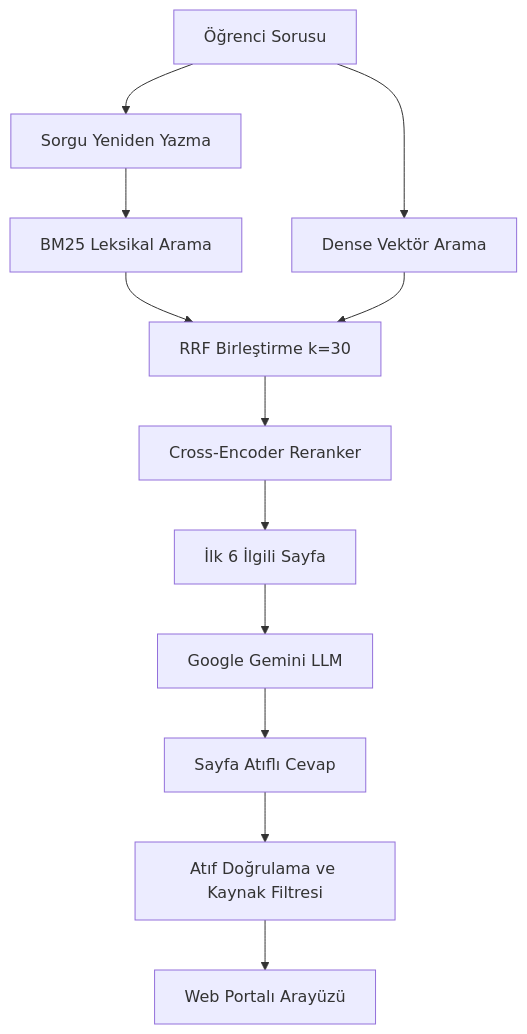
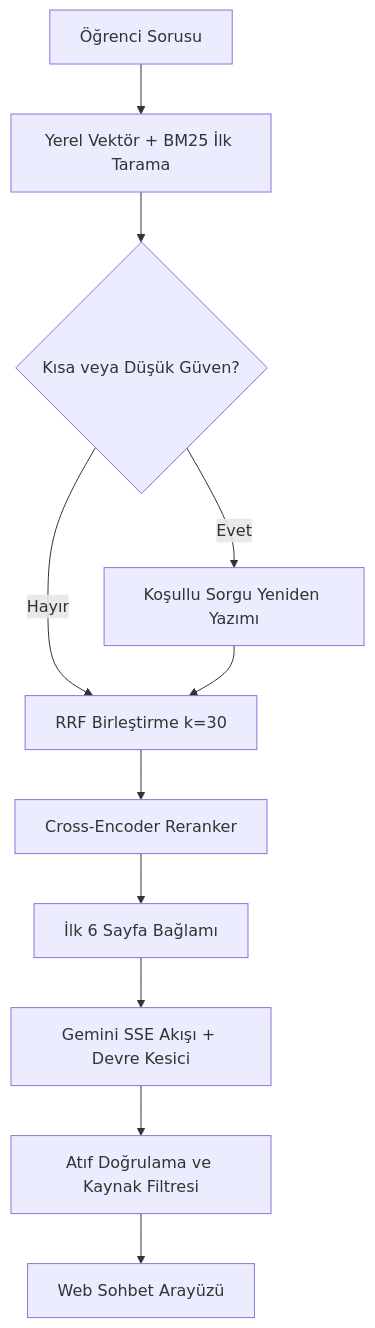
The diagram in README.md (erimlers/kayu-rag), drawn with Mermaid before and after one commit. The commit also changed other lines of this file and 9 other files, not shown here.

Commit message:
perf(rag,ui): LLM akış hızlandırma, devre kesici/önbellek, modern KAYÜ sohbet arayüzü ve README güncellemesi

````diff
--- a/README.md
+++ b/README.md
@@ -56,18 +46,13 @@
 ```mermaid
 flowchart TD
-    A[Öğrenci Sorusu] --> B[Sorgu Yeniden Yazma]
-    
-    B --> C[BM25 Leksikal Arama]
-    A --> D[Dense Vektör Arama]
-    
-    C --> E[RRF Birleştirme k=30]
+    A[Öğrenci Sorusu] --> B[Yerel Vektör + BM25 İlk Tarama]
+    B --> C{Kısa veya Düşük Güven?}
+    C -- Evet --> D[Koşullu Sorgu Yeniden Yazımı]
+    C -- Hayır --> E[RRF Birleştirme k=30]
     D --> E
-    
     E --> F[Cross-Encoder Reranker]
-    F --> G[İlk 6 İlgili Sayfa]
-    G --> H[Google Gemini LLM]
-    
-    H --> I[Sayfa Atıflı Cevap]
-    I --> J[Atıf Doğrulama ve Kaynak Filtresi]
-    J --> K[Web Portalı Arayüzü]
+    F --> G[İlk 6 Sayfa Bağlamı]
+    G --> H[Gemini SSE Akışı + Devre Kesici]
+    H --> I[Atıf Doğrulama ve Kaynak Filtresi]
+    I --> J[Web Sohbet Arayüzü]
 ```
````
